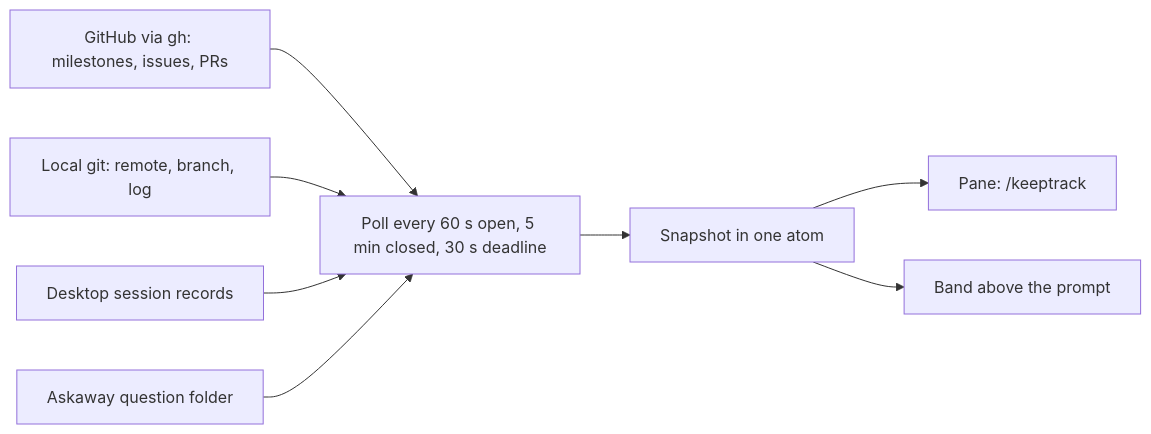
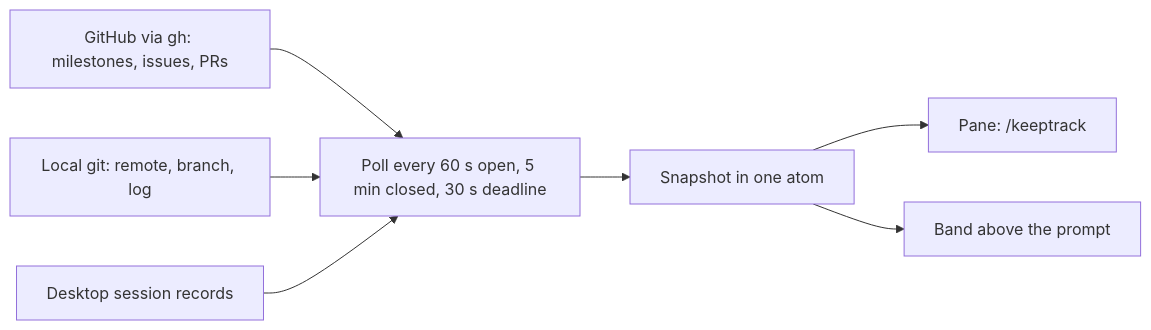
One commit to KeepGlide/keepaway-repo changed the first of 2 diagrams in README.md. Above: the diagram before and after it, drawn with Mermaid. The commit also changed other lines of this file and 2 other files, not shown here.

````diff
--- a/README.md
+++ b/README.md
@@ -91,10 +91,9 @@
 ```mermaid
 flowchart LR
     GH[GitHub via gh: milestones, issues, PRs] --> POLL
     GIT[Local git: remote, branch, log] --> POLL
     REC[Desktop session records] --> POLL
-    ASK[Askaway question folder] --> POLL
     POLL[Poll every 60 s open, 5 min closed, 30 s deadline] --> SNAP[Snapshot in one atom]
     SNAP --> PANE[Pane: /keeptrack]
     SNAP --> BAND[Band above the prompt]
 ```
````
